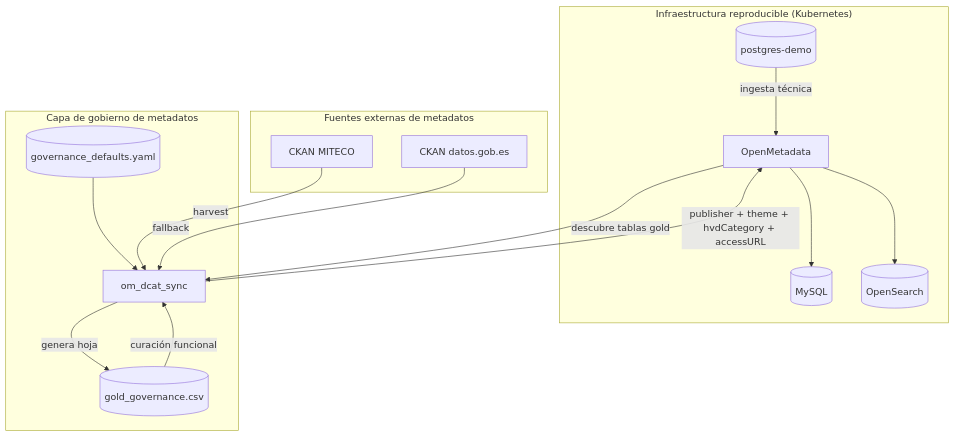
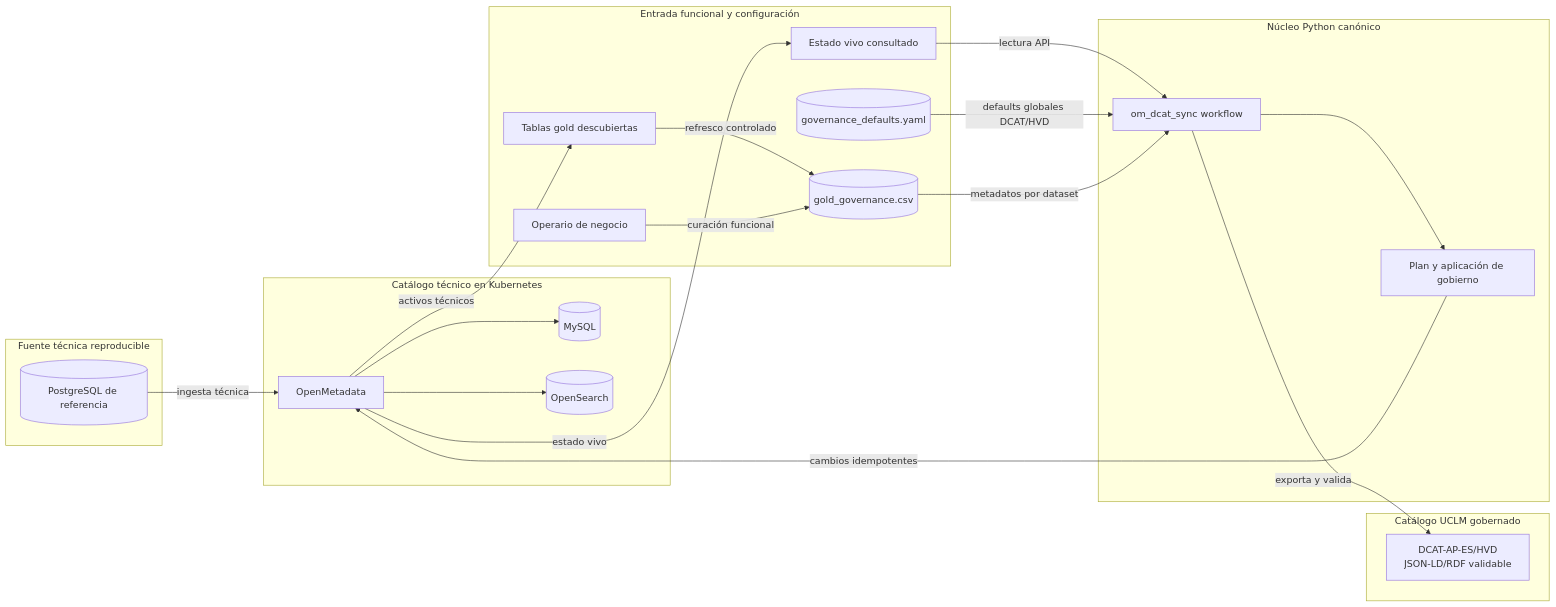
One commit to AlonsoMarcosM/TFM_Alonso_Marcos_Mu-oz changed the first of 9 diagrams in docs/diagramas_mermaid.md. Above: the diagram before and after it, drawn with Mermaid. The commit also changed other lines of this file and 29 other files, not shown here.

Commit message:
clarify operator workflow and UCLM catalog

````diff
--- a/docs/diagramas_mermaid.md
+++ b/docs/diagramas_mermaid.md
@@ -7,31 +7,43 @@
 ```mermaid
-flowchart TB
-  subgraph INFRA["Infraestructura reproducible (Kubernetes)"]
-    PG[(postgres-demo)]
+flowchart LR
+  subgraph SRC["Fuente técnica reproducible"]
+    PG[(PostgreSQL de referencia)]
+  end
+
+  subgraph META["Catálogo técnico en Kubernetes"]
     OM[OpenMetadata]
     MY[(MySQL)]
     OS[(OpenSearch)]
   end
 
-  subgraph GOV["Capa de gobierno de metadatos"]
-    SYNC[om_dcat_sync]
+  subgraph INPUT["Entrada funcional y configuración"]
+    DISC[Tablas gold descubiertas]
     SHEET[(gold_governance.csv)]
     CFG[(governance_defaults.yaml)]
+    OP[Operario de negocio]
+    STATE[Estado vivo consultado]
   end
 
-  subgraph EXT["Fuentes externas de metadatos"]
-    CKAN1[CKAN MITECO]
-    CKAN2[CKAN datos.gob.es]
+  subgraph CORE["Núcleo Python canónico"]
+    SYNC[om_dcat_sync workflow]
+    APPLY[Plan y aplicación de gobierno]
+  end
+
+  subgraph OUT["Catálogo UCLM gobernado"]
+    CAT[DCAT-AP-ES/HVD<br/>JSON-LD/RDF validable]
   end
 
   PG -->|ingesta técnica| OM
   OM --> MY
   OM --> OS
-  CFG --> SYNC
-  OM -->|descubre tablas gold| SYNC
-  SYNC -->|genera hoja| SHEET
-  SHEET -->|curación funcional| SYNC
-  SYNC -->|publisher + theme + hvdCategory + accessURL| OM
-  CKAN1 -->|harvest| SYNC
-  CKAN2 -->|fallback| SYNC
+  OM -->|activos técnicos| DISC
+  DISC -->|refresco controlado| SHEET
+  OP -->|curación funcional| SHEET
+  OM -->|estado vivo| STATE
+  STATE -->|lectura API| SYNC
+  CFG -->|defaults globales DCAT/HVD| SYNC
+  SHEET -->|metadatos por dataset| SYNC
+  SYNC --> APPLY
+  APPLY -->|cambios idempotentes| OM
+  SYNC -->|exporta y valida| CAT
 ```
````
